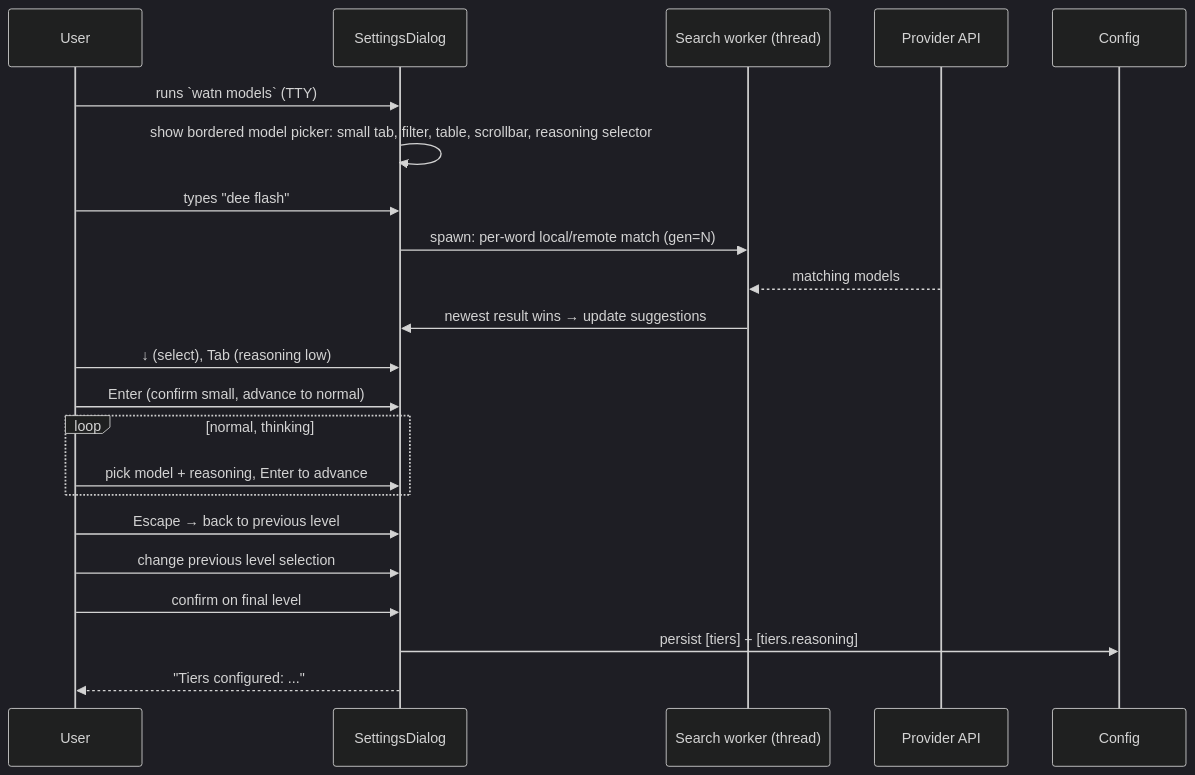
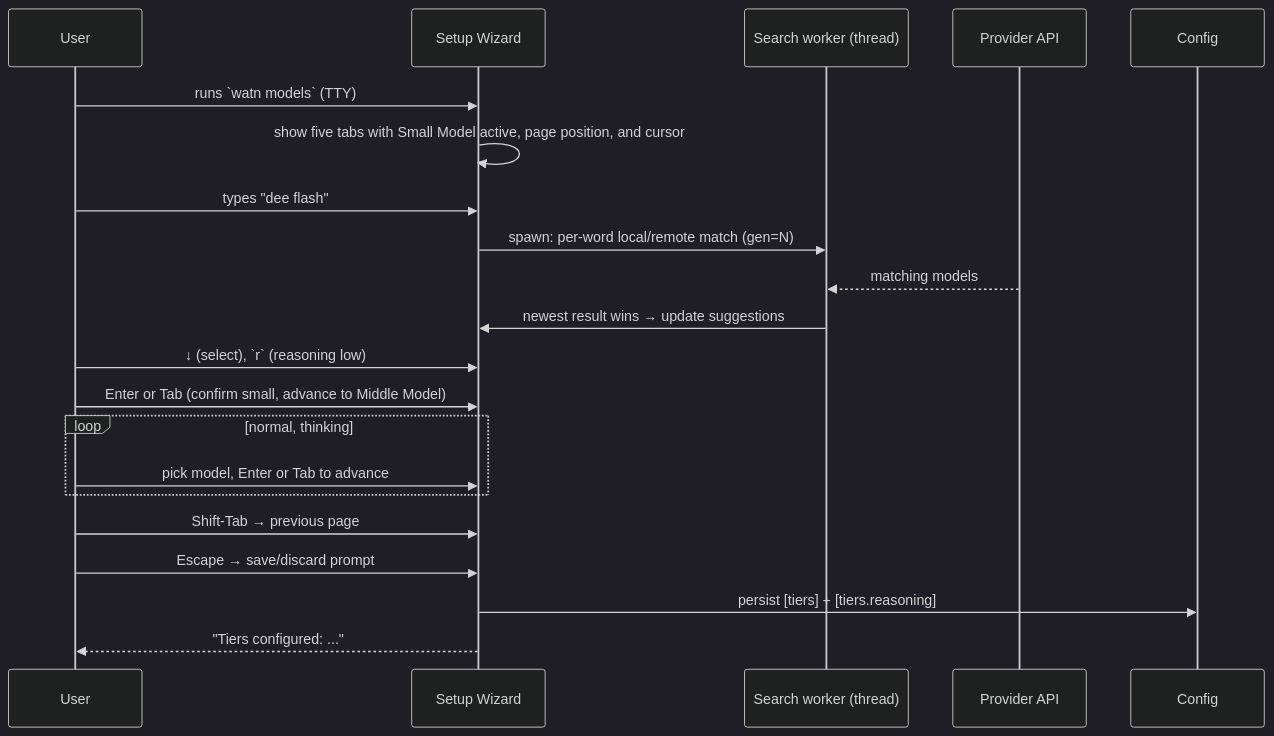
One commit to buster/watn changed the fourth of 10 diagrams in docs/arc42/06-runtime-view.md. Above: the diagram before and after it, drawn with Mermaid (dark theme). The commit also changed other lines of this file and 32 other files, not shown here.

Commit message:
feat(unified-setup-wizard): Provider setup separates choices, details, and guidance

````diff
--- a/docs/arc42/06-runtime-view.md
+++ b/docs/arc42/06-runtime-view.md
@@ -122,25 +122,24 @@
 ```mermaid
 sequenceDiagram
     participant User as User
-    participant Dialog as SettingsDialog
+    participant Dialog as Setup Wizard
     participant Worker as Search worker (thread)
     participant API as Provider API
     participant Config as Config
 
     User->>Dialog: runs `watn models` (TTY)
-    Dialog->>Dialog: show bordered model picker: small tab, filter, table, scrollbar, reasoning selector
+    Dialog->>Dialog: show five tabs with Small Model active, page position, and cursor
     User->>Dialog: types "dee flash"
     Dialog->>Worker: spawn: per-word local/remote match (gen=N)
     API-->>Worker: matching models
     Worker->>Dialog: newest result wins → update suggestions
-    User->>Dialog: ↓ (select), Tab (reasoning low)
-    User->>Dialog: Enter (confirm small, advance to normal)
+    User->>Dialog: ↓ (select), `r` (reasoning low)
+    User->>Dialog: Enter or Tab (confirm small, advance to Middle Model)
     loop normal, thinking
-        User->>Dialog: pick model + reasoning, Enter to advance
+        User->>Dialog: pick model, Enter or Tab to advance
     end
-    User->>Dialog: Escape → back to previous level
-    User->>Dialog: change previous level selection
-    User->>Dialog: confirm on final level
+    User->>Dialog: Shift-Tab → previous page
+    User->>Dialog: Escape → save/discard prompt
     Dialog->>Config: persist [tiers] + [tiers.reasoning]
     Dialog-->>User: "Tiers configured: ..."
 ```
````
